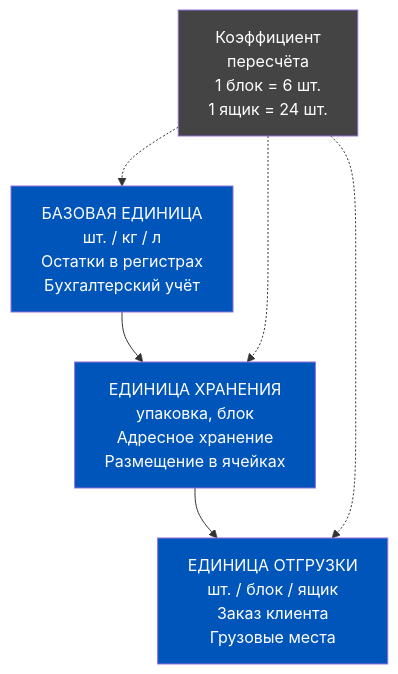
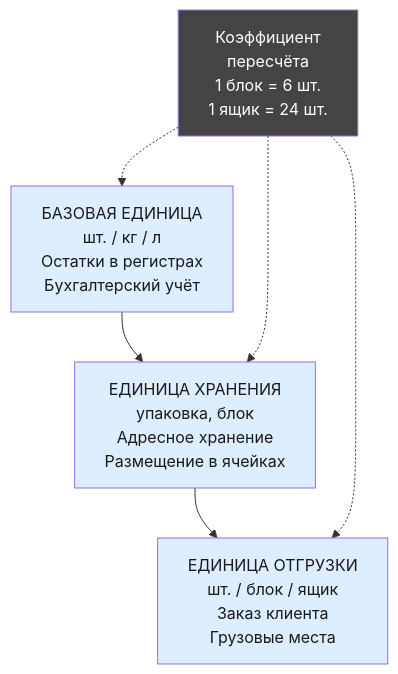
Before and after one commit to murad1986/1c-erp-quartz: the fourth of 9 diagrams in content/1c-erp/week_4/Неделя 4 - День 5 - Весогабаритные характеристики.md, drawn with Mermaid. The commit also changed other lines of this file and 57 other files, not shown here.

First line of the commit message:
fix: Mermaid — пастельные цвета в источниках диаграмм (56 файлов)

````diff
--- a/content/1c-erp/week_4/Неделя 4 - День 5 - Весогабаритные характеристики.md
+++ b/content/1c-erp/week_4/Неделя 4 - День 5 - Весогабаритные характеристики.md
@@ -169,13 +169,13 @@
 ```mermaid
 graph TD
     A["БАЗОВАЯ ЕДИНИЦА<br/>шт. / кг / л<br/>Остатки в регистрах<br/>Бухгалтерский учёт"] --> B["ЕДИНИЦА ХРАНЕНИЯ<br/>упаковка, блок<br/>Адресное хранение<br/>Размещение в ячейках"]
     B --> C["ЕДИНИЦА ОТГРУЗКИ<br/>шт. / блок / ящик<br/>Заказ клиента<br/>Грузовые места"]
     D["Коэффициент<br/>пересчёта<br/>1 блок = 6 шт.<br/>1 ящик = 24 шт."] -.-> A
     D -.-> B
     D -.-> C
 
-    style A fill:#0055BB,color:#fff
-    style B fill:#0055BB,color:#fff
-    style C fill:#0055BB,color:#fff
+    style A fill:#dceeff,color:#1a1a1a
+    style B fill:#dceeff,color:#1a1a1a
+    style C fill:#dceeff,color:#1a1a1a
     style D fill:#444,color:#fff
 ```
````
